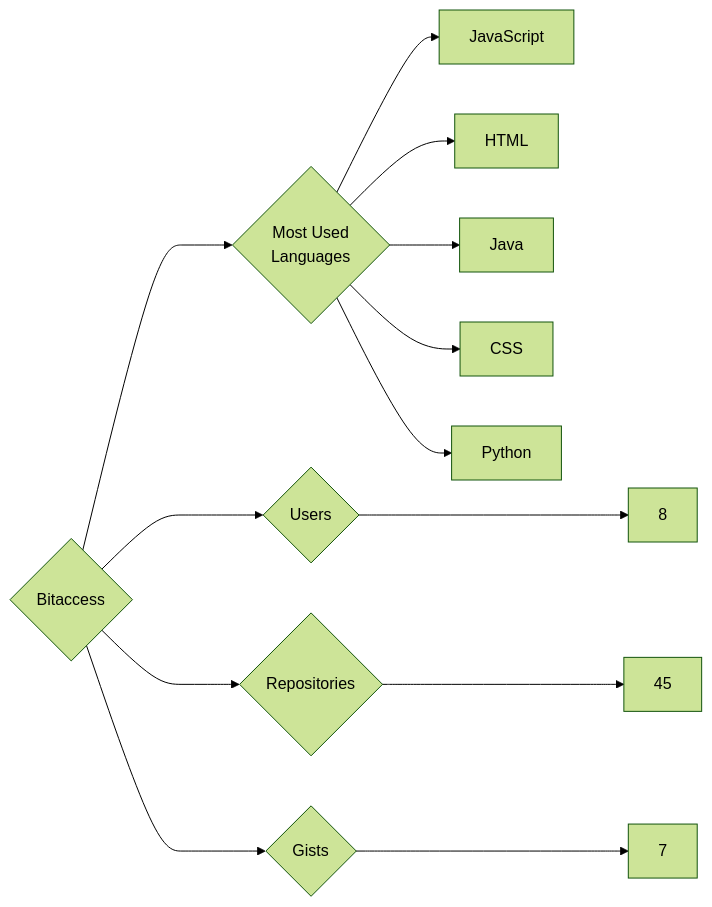
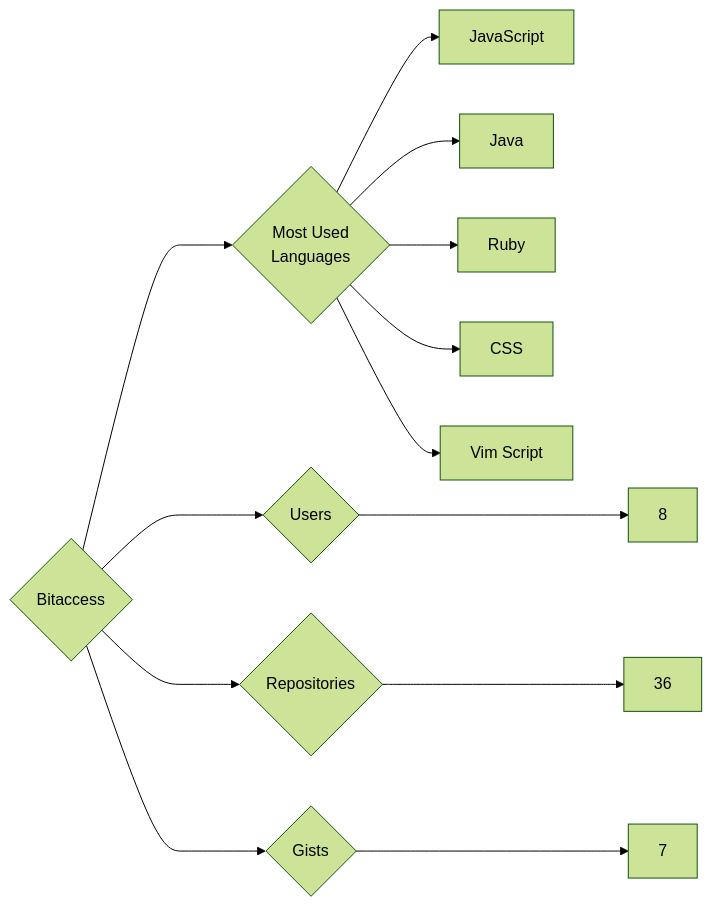
The diagram in targets/Bitaccess/README.md (trickest/insiders), drawn with Mermaid (forest theme) before and after one commit. The commit also changed 773 other files, not shown here.

````diff
--- a/targets/Bitaccess/README.md
+++ b/targets/Bitaccess/README.md
@@ -3,13 +3,13 @@
 ```mermaid
 graph LR
 COMPANY_NAME{Bitaccess}
 COMPANY_NAME ---> U{Users} ---> UN[8]
-COMPANY_NAME ---> R{Repositories} ---> RN[45]
+COMPANY_NAME ---> R{Repositories} ---> RN[36]
 COMPANY_NAME ---> G{Gists} ---> GN[7]
 COMPANY_NAME ---> ML{Most Used<br>Languages}
 ML --> JavaScript[JavaScript]
-ML --> HTML[HTML]
 ML --> Java[Java]
+ML --> Ruby[Ruby]
 ML --> CSS[CSS]
-ML --> Python[Python]
+ML --> Vim_Script[Vim Script]
 ```
````
